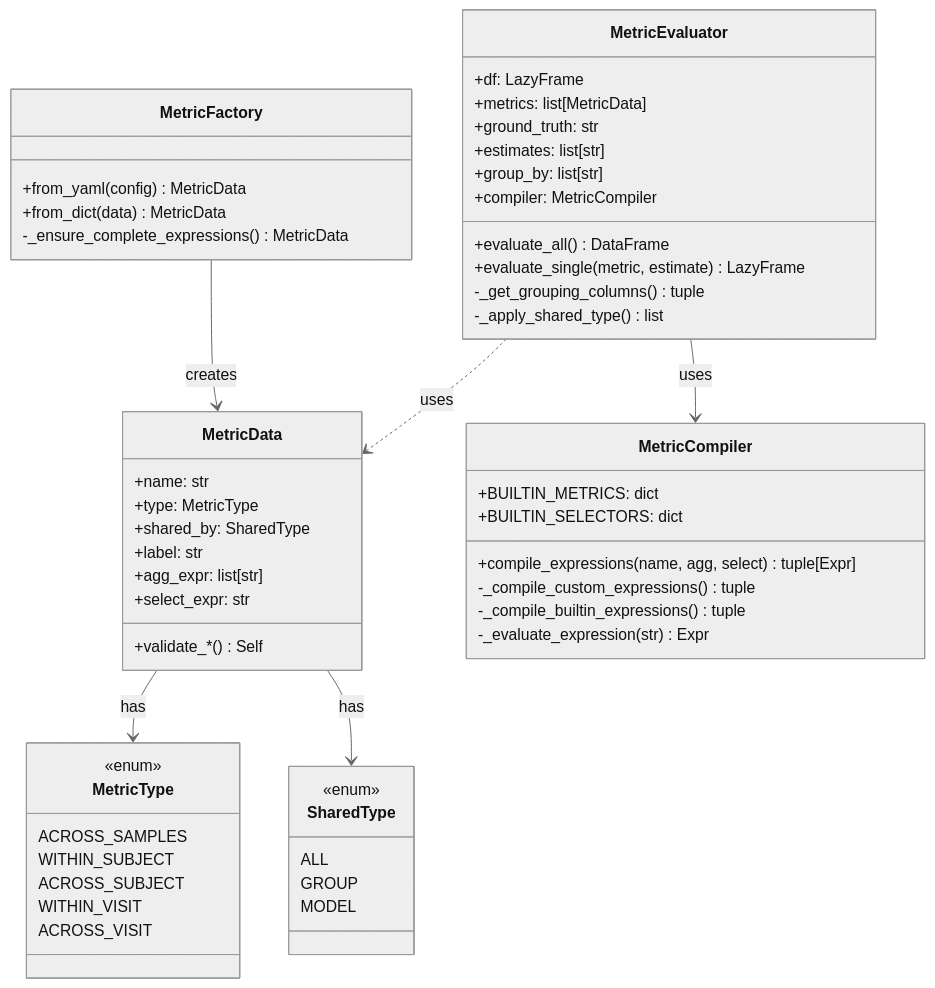
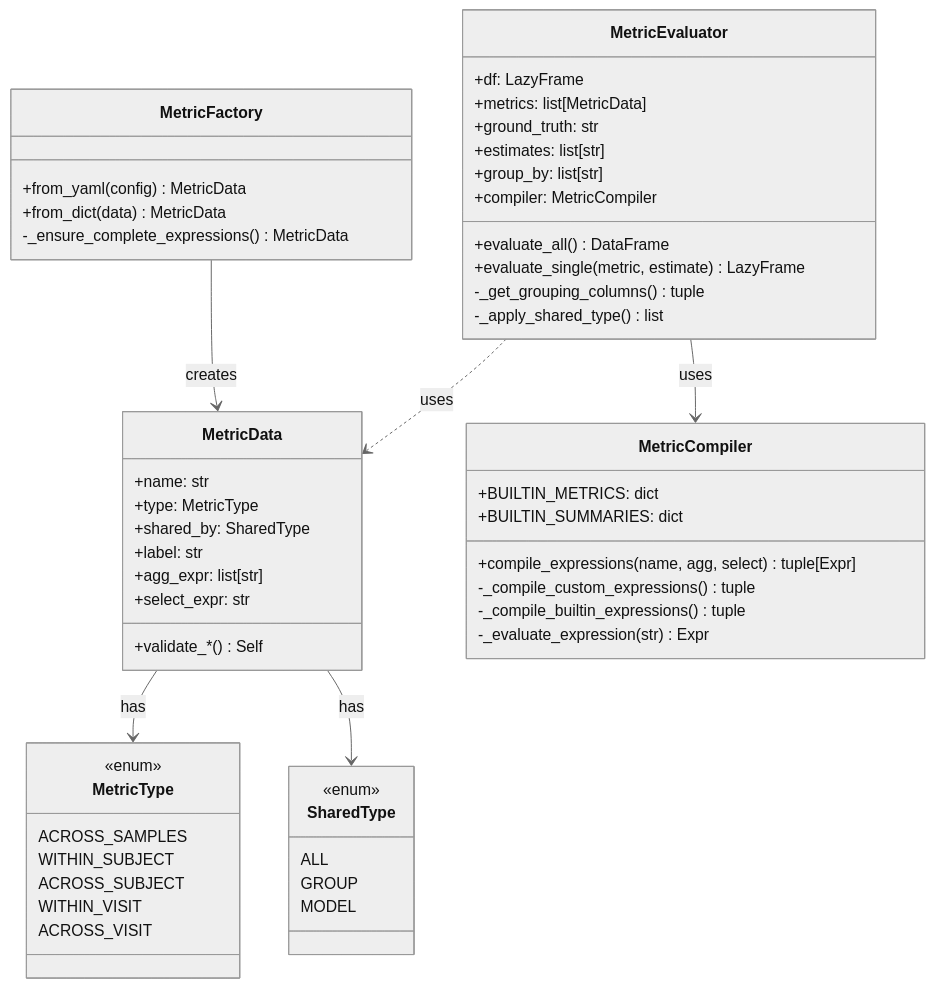
The first of 2 diagrams in plan/class_diagram.md (elong0527/demo_eval_metric), drawn with Mermaid (neutral theme) before and after one commit. The commit also changed other lines of this file and 2 other files, not shown here.

Commit message:
update metric_registry

````diff
--- a/plan/class_diagram.md
+++ b/plan/class_diagram.md
@@ -5,62 +5,62 @@
 ```mermaid
 classDiagram
     class MetricEvaluator {
         +df: LazyFrame
         +metrics: list[MetricData]
         +ground_truth: str
         +estimates: list[str]
         +group_by: list[str]
         +compiler: MetricCompiler
         +evaluate_all() DataFrame
         +evaluate_single(metric, estimate) LazyFrame
         -_get_grouping_columns() tuple
         -_apply_shared_type() list
     }
 
     class MetricData {
         +name: str
         +type: MetricType
         +shared_by: SharedType
         +label: str
         +agg_expr: list[str]
         +select_expr: str
         +validate_*() Self
     }
 
     class MetricFactory {
         +from_yaml(config) MetricData
         +from_dict(data) MetricData
         -_ensure_complete_expressions() MetricData
     }
 
     class MetricCompiler {
         +BUILTIN_METRICS: dict
-        +BUILTIN_SELECTORS: dict
+        +BUILTIN_SUMMARIES: dict
         +compile_expressions(name, agg, select) tuple[Expr]
         -_compile_custom_expressions() tuple
         -_compile_builtin_expressions() tuple
         -_evaluate_expression(str) Expr
     }
 
     class MetricType {
         <<enum>>
         ACROSS_SAMPLES
         WITHIN_SUBJECT
         ACROSS_SUBJECT
         WITHIN_VISIT
         ACROSS_VISIT
     }
 
     class SharedType {
         <<enum>>
         ALL
         GROUP
         MODEL
     }
 
     MetricEvaluator ..> MetricData : uses
     MetricEvaluator --> MetricCompiler : uses
     MetricFactory --> MetricData : creates
     MetricData --> MetricType : has
     MetricData --> SharedType : has
 ```
````
